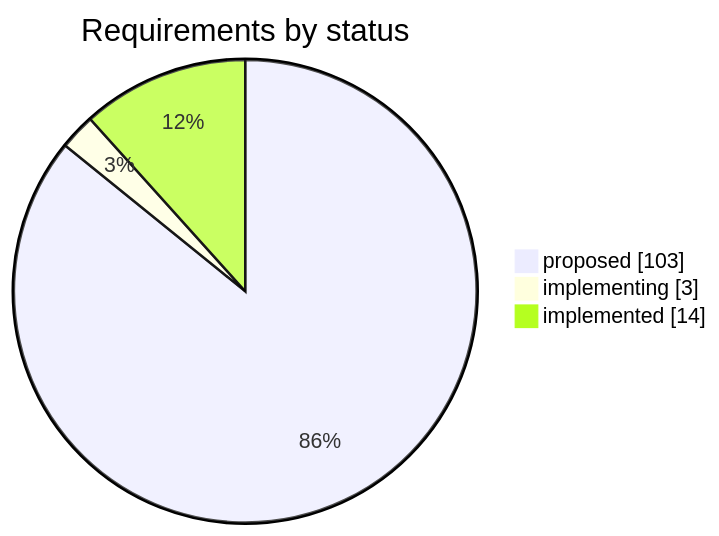
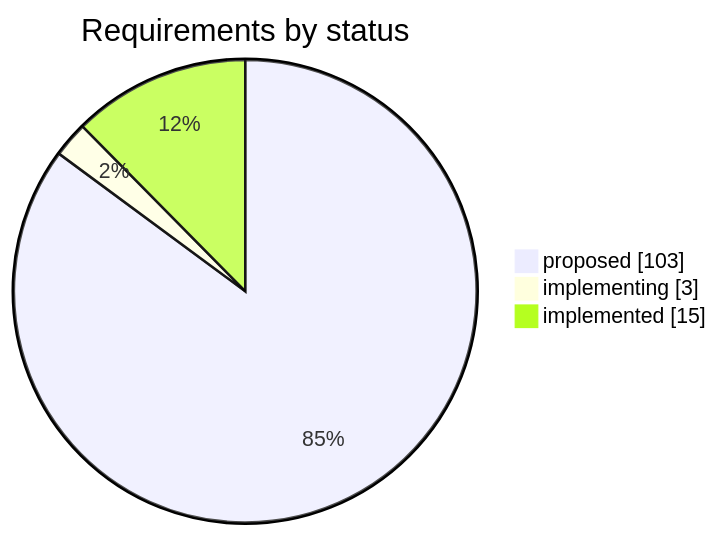
Before and after one commit to iammaxsu/automatic-testing-architecture: the first of 2 diagrams in STATUS.md, drawn with Mermaid. The commit also changed other lines of this file and 5 other files, not shown here.

````diff
--- a/STATUS.md
+++ b/STATUS.md
@@ -25,6 +25,6 @@
 ```mermaid
 pie showData title Requirements by status
     "proposed" : 103
     "implementing" : 3
-    "implemented" : 14
+    "implemented" : 15
 ```
````
